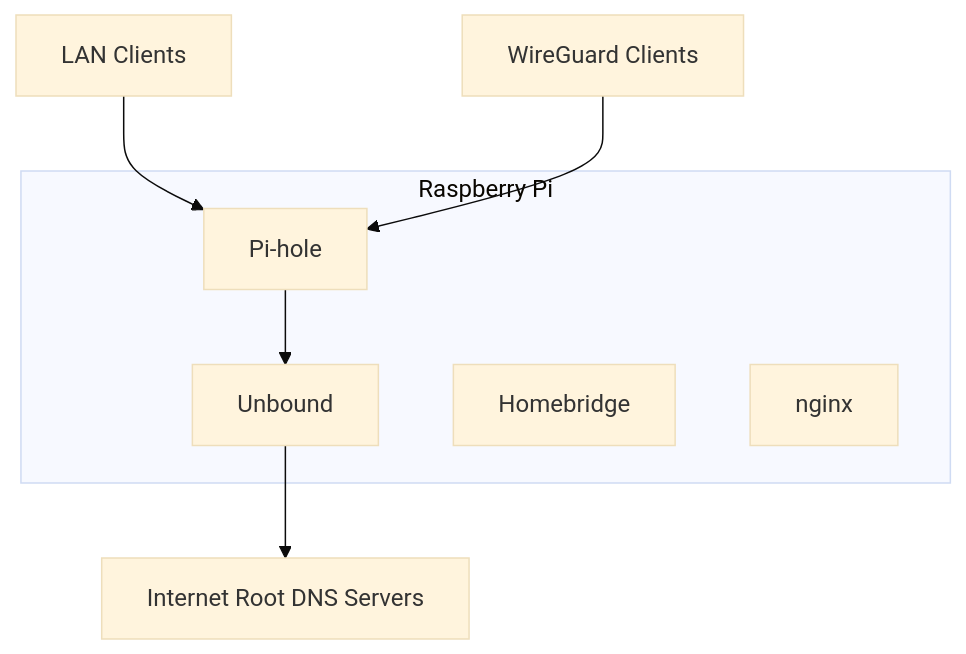
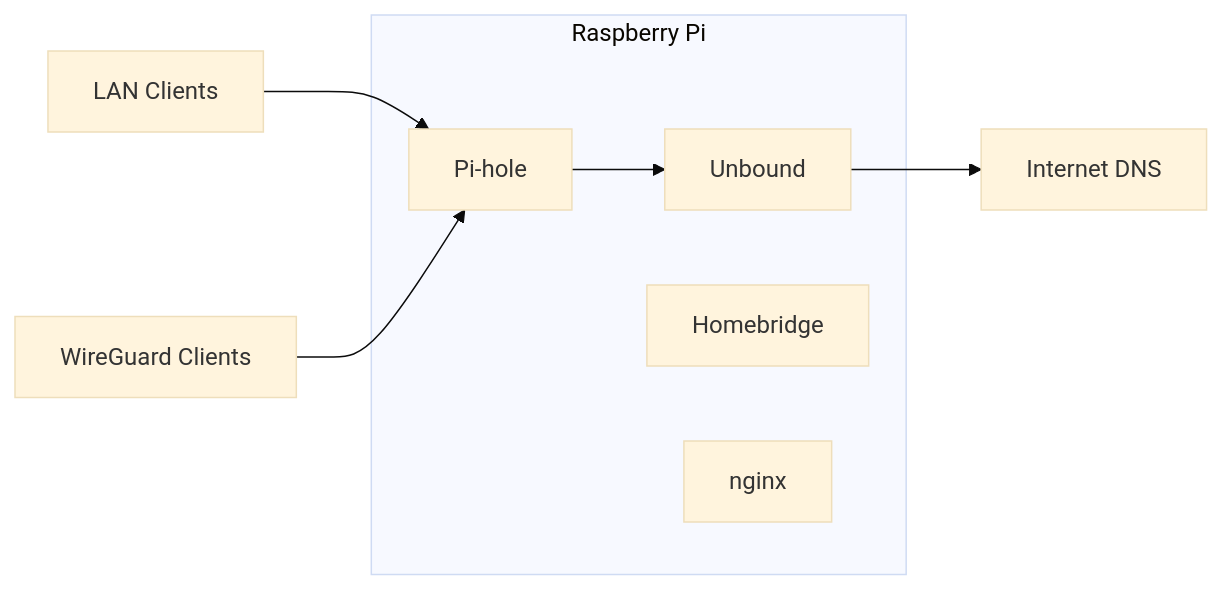
The diagram in README.md (weitzner/pi-services), drawn with Mermaid (base theme) before and after one commit. The commit also changed other lines of this file, not shown here.

````diff
--- a/README.md
+++ b/README.md
@@ -33,20 +28,18 @@
 ```mermaid
-flowchart TD
+flowchart LR
 
 Clients["LAN Clients"]
 VPN["WireGuard Clients"]
 
-Clients --> P["Pi-hole"]
-VPN --> P
+subgraph RaspberryPi["Raspberry Pi"]
+    PiHole["Pi-hole"]
+    Unbound["Unbound"]
+    Homebridge["Homebridge"]
+    Nginx["nginx"]
+end
 
-P --> U["Unbound"]
-
-U --> Root["Internet Root DNS Servers"]
-
-subgraph Raspberry Pi
-    P
-    U
-    HB["Homebridge"]
-    NG["nginx"]
-end
+Clients --> PiHole
+VPN --> PiHole
+PiHole --> Unbound
+Unbound --> Root["Internet DNS"]
 ```
````
